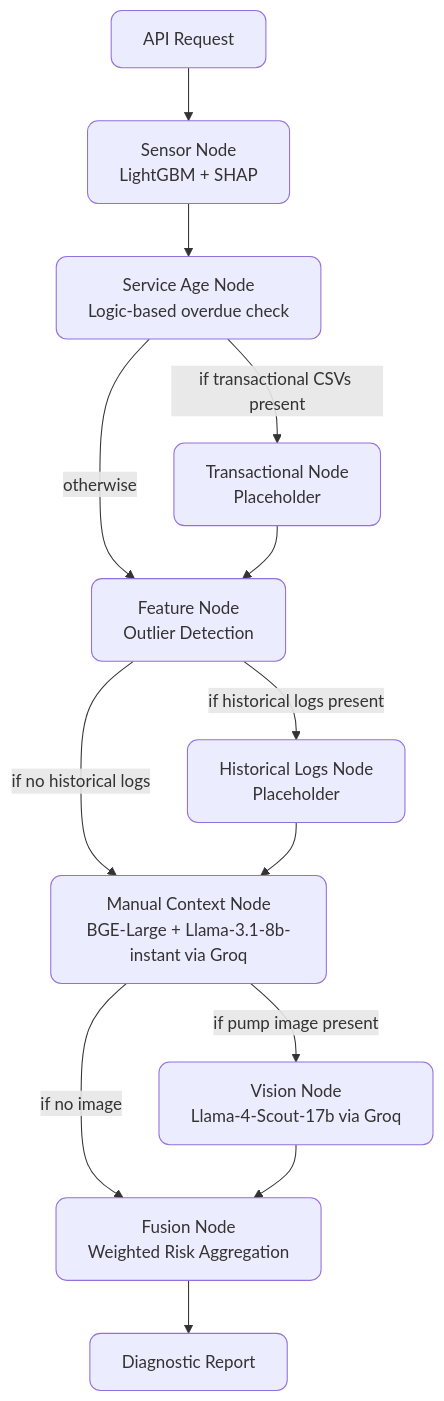
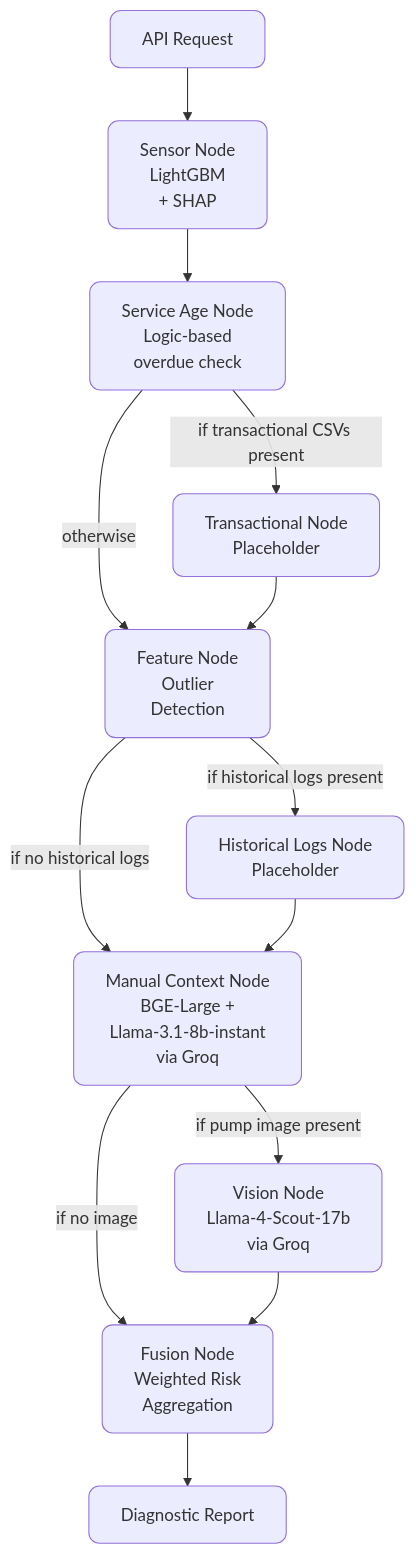
One commit to Murthypsty0419/Multi-Modal-Predictive-Maintenance-Agent changed the diagram in README.md. Above: the diagram before and after it, drawn with Mermaid. The commit also changed other lines of this file, not shown here.

Commit message:
Update README with improved flowchart formatting

````diff
--- a/README.md
+++ b/README.md
@@ -23,20 +23,20 @@
 ```mermaid
 flowchart TD
-    A["API Request"] --> SN["Sensor Node<br/>LightGBM + SHAP"]
-    SN --> SAN["Service Age Node<br/>Logic-based overdue check"]
+    A["API Request"] --> SN["Sensor Node<br/>LightGBM<br/>+ SHAP"]
+    SN --> SAN["Service Age Node<br/>Logic-based<br/>overdue check"]
     SAN -->|"if transactional CSVs present"| TN["Transactional Node<br/>Placeholder"]
-    SAN -->|"otherwise"| FN["Feature Node<br/>Outlier Detection"]
+    SAN -->|"otherwise"| FN["Feature Node<br/>Outlier<br/>Detection"]
     TN --> FN
 
     FN -->|"if historical logs present"| HLN["Historical Logs Node<br/>Placeholder"]
-    FN -->|"if no historical logs"| MCN["Manual Context Node<br/>BGE-Large + Llama-3.1-8b-instant via Groq"]
+    FN -->|"if no historical logs"| MCN["Manual Context Node<br/>BGE-Large +<br/>Llama-3.1-8b-instant<br/>via Groq"]
     HLN --> MCN
 
-    MCN -->|"if pump image present"| VN["Vision Node<br/>Llama-4-Scout-17b via Groq"]
-    MCN -->|"if no image"| FUSE["Fusion Node<br/>Weighted Risk Aggregation"]
+    MCN -->|"if pump image present"| VN["Vision Node<br/>Llama-4-Scout-17b<br/>via Groq"]
+    MCN -->|"if no image"| FUSE["Fusion Node<br/>Weighted Risk<br/>Aggregation"]
     VN --> FUSE
     FUSE --> R["Diagnostic Report"]
 
     classDef rounded rx:10,ry:10;
     class A,SN,SAN,TN,FN,HLN,MCN,VN,FUSE,R rounded;
 ```
````
